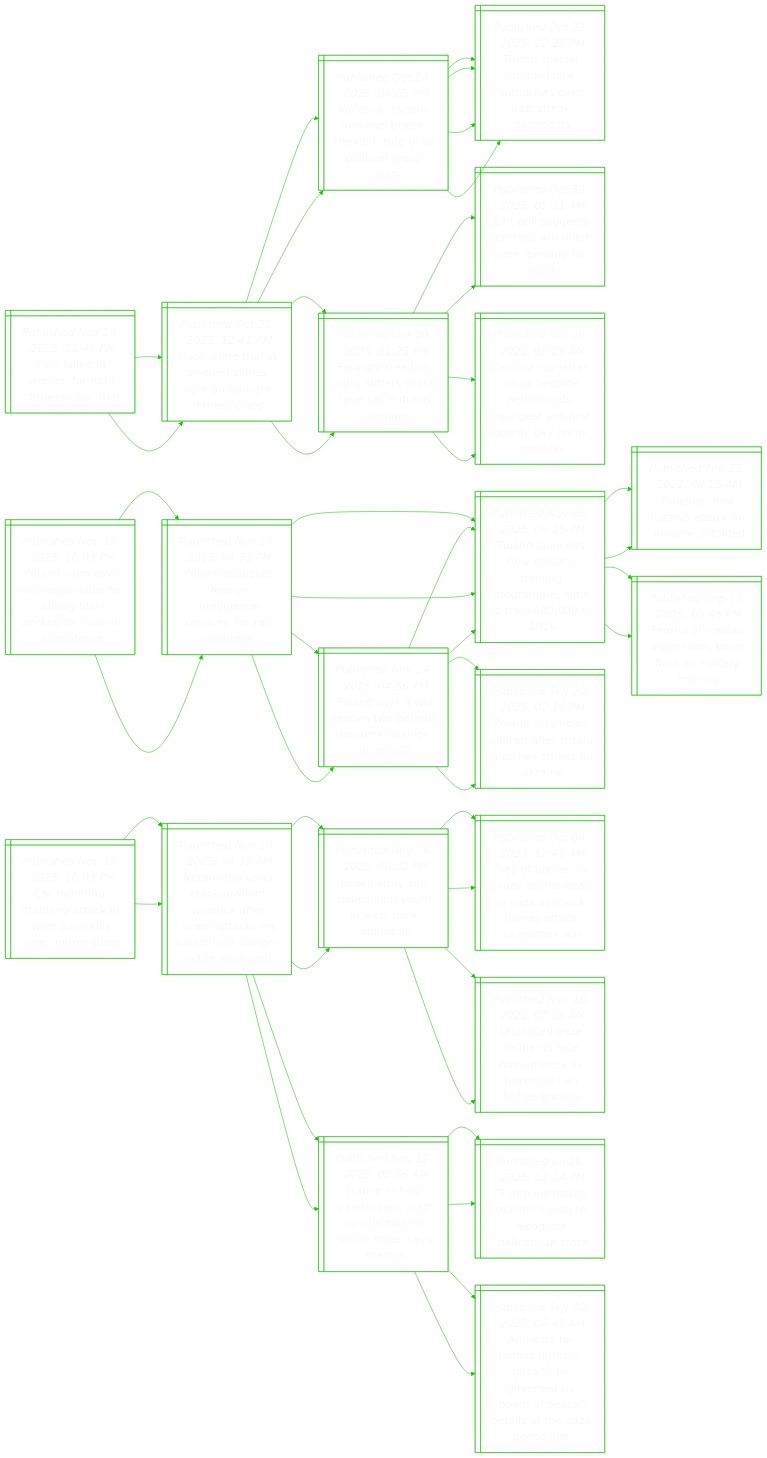
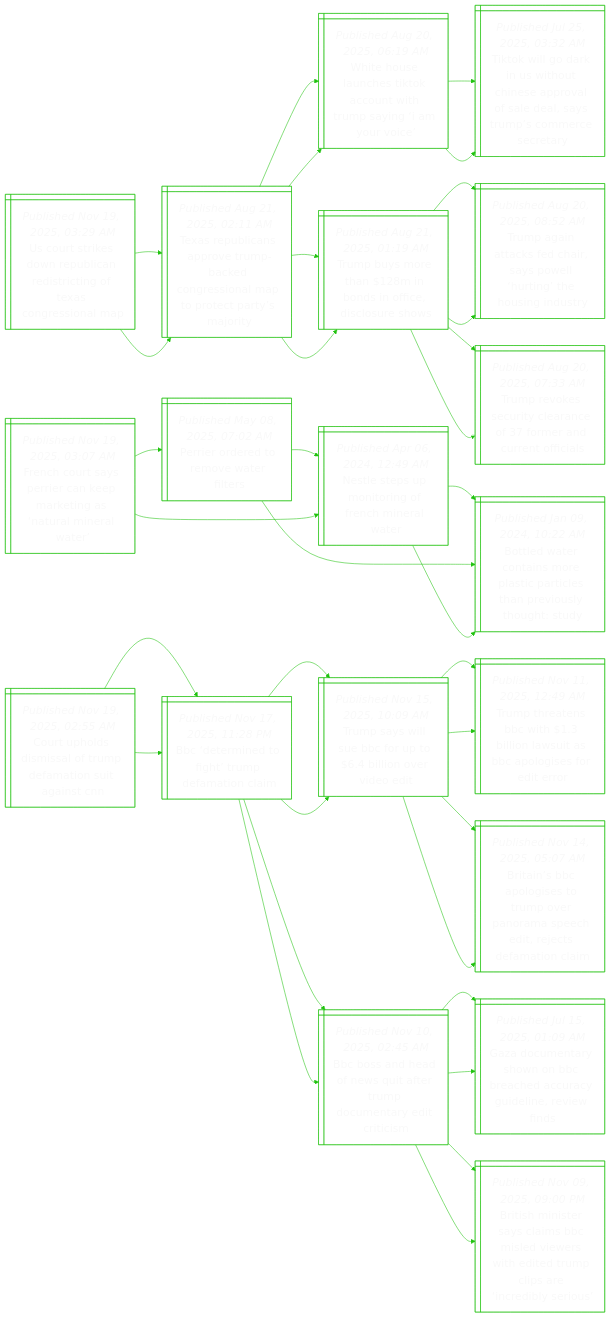
Before and after one commit to notJmes/notJmes: the diagram in README.md, drawn with Mermaid. The commit also changed other lines of this file, not shown here.

````diff
--- a/README.md
+++ b/README.md
@@ -16,142 +16,112 @@
 flowchart LR
 classDef txtsize font-size:20px;
 
-Faidrteua@{ shape: win-pane, label: "_Published Nov 18, 2025, 11:45 PM_
-Four jailed in sweden far-right ‘fitness club’ trial" }
-Hrrnengfgtc@{ shape: win-pane, label: "_Published Oct 31, 2025, 12:42 AM_
-Hate-crime trial in sweden shines light on far-right ‘fitness clubs’" }
-VncnisdiUilps@{ shape: win-pane, label: "_Published Oct 24, 2025, 06:05 PM_
-Violence, racism, and nazi praise: the dark side of us political group chats" }
-Tsanitwrske@{ shape: win-pane, label: "_Published Oct 22, 2025, 12:25 PM_
-Trump special counsel pick withdraws over ‘nazi streak’ comments" }
-Tsanitwrske@{ shape: win-pane, label: "_Published Oct 22, 2025, 12:25 PM_
-Trump special counsel pick withdraws over ‘nazi streak’ comments" }
-FgePsrceiccs@{ shape: win-pane, label: "_Published Oct 30, 2025, 11:25 PM_
-Far-right freedom party suffers shock reversal in dutch elections" }
-Eogsrwtttah@{ shape: win-pane, label: "_Published Oct 30, 2025, 05:31 AM_
-Exit poll suggests centrists win dutch vote, beating far right" }
-Cibelotaosfoyrie@{ shape: win-pane, label: "_Published Oct 30, 2025, 05:25 AM_
-Centrist rob jetten could become netherlands’ youngest and first openly gay prime minister" }
-Hrrnengfgtc@{ shape: win-pane, label: "_Published Oct 31, 2025, 12:42 AM_
-Hate-crime trial in sweden shines light on far-right ‘fitness clubs’" }
-VncnisdiUilps@{ shape: win-pane, label: "_Published Oct 24, 2025, 06:05 PM_
-Violence, racism, and nazi praise: the dark side of us political group chats" }
-Tsanitwrske@{ shape: win-pane, label: "_Published Oct 22, 2025, 12:25 PM_
-Trump special counsel pick withdraws over ‘nazi streak’ comments" }
-Tsanitwrske@{ shape: win-pane, label: "_Published Oct 22, 2025, 12:25 PM_
-Trump special counsel pick withdraws over ‘nazi streak’ comments" }
-FgePsrceiccs@{ shape: win-pane, label: "_Published Oct 30, 2025, 11:25 PM_
-Far-right freedom party suffers shock reversal in dutch elections" }
-Eogsrwtttah@{ shape: win-pane, label: "_Published Oct 30, 2025, 05:31 AM_
-Exit poll suggests centrists win dutch vote, beating far right" }
-Cibelotaosfoyrie@{ shape: win-pane, label: "_Published Oct 30, 2025, 05:25 AM_
-Centrist rob jetten could become netherlands’ youngest and first openly gay prime minister" }
+Uriopcdigxnsl@{ shape: win-pane, label: "_Published Nov 19, 2025, 03:29 AM_
+Us court strikes down republican redistricting of texas congressional map" }
+TRlsoucosattami@{ shape: win-pane, label: "_Published Aug 21, 2025, 02:11 AM_
+Texas republicans approve trump-backed congressional map to protect party’s majority" }
+WHlhkctTsgoi@{ shape: win-pane, label: "_Published Aug 20, 2025, 06:19 AM_
+White house launches tiktok account with trump saying ‘i am your voice’" }
+Tkgkwunpaaaspmst@{ shape: win-pane, label: "_Published Jul 25, 2025, 03:32 AM_
+Tiktok will go dark in us without chinese approval of sale deal, says trump’s commerce secretary" }
+Tboabiisuo@{ shape: win-pane, label: "_Published Aug 21, 2025, 01:19 AM_
+Trump buys more than $128m in bonds in office, disclosure shows" }
+Taakcsohnhnu@{ shape: win-pane, label: "_Published Aug 20, 2025, 08:52 AM_
+Trump again attacks fed chair, says powell ‘hurting’ the housing industry" }
+Treucafecnis@{ shape: win-pane, label: "_Published Aug 20, 2025, 07:33 AM_
+Trump revokes security clearance of 37 former and current officials" }
+TRlsoucosattami@{ shape: win-pane, label: "_Published Aug 21, 2025, 02:11 AM_
+Texas republicans approve trump-backed congressional map to protect party’s majority" }
+WHlhkctTsgoi@{ shape: win-pane, label: "_Published Aug 20, 2025, 06:19 AM_
+White house launches tiktok account with trump saying ‘i am your voice’" }
+Tkgkwunpaaaspmst@{ shape: win-pane, label: "_Published Jul 25, 2025, 03:32 AM_
+Tiktok will go dark in us without chinese approval of sale deal, says trump’s commerce secretary" }
+Tboabiisuo@{ shape: win-pane, label: "_Published Aug 21, 2025, 01:19 AM_
+Trump buys more than $128m in bonds in office, disclosure shows" }
+Taakcsohnhnu@{ shape: win-pane, label: "_Published Aug 20, 2025, 08:52 AM_
+Trump again attacks fed chair, says powell ‘hurting’ the housing industry" }
+Treucafecnis@{ shape: win-pane, label: "_Published Aug 20, 2025, 07:33 AM_
+Trump revokes security clearance of 37 former and current officials" }
 
-Faidrteua:::txtsize --> Hrrnengfgtc:::txtsize
-Hrrnengfgtc:::txtsize --> VncnisdiUilps:::txtsize
-VncnisdiUilps:::txtsize --> Tsanitwrske:::txtsize
-VncnisdiUilps:::txtsize --> Tsanitwrske:::txtsize
-Hrrnengfgtc:::txtsize --> FgePsrceiccs:::txtsize
-FgePsrceiccs:::txtsize --> Eogsrwtttah:::txtsize
-FgePsrceiccs:::txtsize --> Cibelotaosfoyrie:::txtsize
-Faidrteua:::txtsize --> Hrrnengfgtc:::txtsize
-Hrrnengfgtc:::txtsize --> VncnisdiUilps:::txtsize
-VncnisdiUilps:::txtsize --> Tsanitwrske:::txtsize
-VncnisdiUilps:::txtsize --> Tsanitwrske:::txtsize
-Hrrnengfgtc:::txtsize --> FgePsrceiccs:::txtsize
-FgePsrceiccs:::txtsize --> Eogsrwtttah:::txtsize
-FgePsrceiccs:::txtsize --> Cibelotaosfoyrie:::txtsize
+Uriopcdigxnsl:::txtsize --> TRlsoucosattami:::txtsize
+TRlsoucosattami:::txtsize --> WHlhkctTsgoi:::txtsize
+WHlhkctTsgoi:::txtsize --> Tkgkwunpaaaspmst:::txtsize
+TRlsoucosattami:::txtsize --> Tboabiisuo:::txtsize
+Tboabiisuo:::txtsize --> Taakcsohnhnu:::txtsize
+Tboabiisuo:::txtsize --> Treucafecnis:::txtsize
+Uriopcdigxnsl:::txtsize --> TRlsoucosattami:::txtsize
+TRlsoucosattami:::txtsize --> WHlhkctTsgoi:::txtsize
+WHlhkctTsgoi:::txtsize --> Tkgkwunpaaaspmst:::txtsize
+TRlsoucosattami:::txtsize --> Tboabiisuo:::txtsize
+Tboabiisuo:::txtsize --> Taakcsohnhnu:::txtsize
+Tboabiisuo:::txtsize --> Treucafecnis:::txtsize
 
-Pdaoolraskritg@{ shape: win-pane, label: "_Published Nov 18, 2025, 10:03 PM_
-Poland’s pm says two responsible for railway blast worked for russian intelligence" }
-Pdeonlnrsabe@{ shape: win-pane, label: "_Published Nov 17, 2025, 04:32 PM_
-Poland suspects ‘foreign intelligence services’ for rail sabotage" }
-Pdceitiomsa@{ shape: win-pane, label: "_Published Nov 06, 2025, 06:25 PM_
-Poland launches new military training programme, aims to train 400,000 in 2026" }
-Tiwitnifd@{ shape: win-pane, label: "_Published Feb 25, 2022, 08:15 AM_
-Timeline: how russia's attack on ukraine unfolded" }
-Fuunensklyn@{ shape: win-pane, label: "_Published Sep 13, 2025, 05:45 PM_
-Fearful of russian aggression, poles flock to military training" }
-PdileBudogo@{ shape: win-pane, label: "_Published Nov 14, 2025, 04:56 PM_
-Poland says it will reopen two belarus border crossings on nov 17" }
-Pdceitiomsa@{ shape: win-pane, label: "_Published Nov 06, 2025, 06:25 PM_
-Poland launches new military training programme, aims to train 400,000 in 2026" }
-Pdmaatsaeini@{ shape: win-pane, label: "_Published Sep 20, 2025, 02:16 PM_
-Poland scrambles aircraft after russia launches strikes on ukraine" }
-Pdeonlnrsabe@{ shape: win-pane, label: "_Published Nov 17, 2025, 04:32 PM_
-Poland suspects ‘foreign intelligence services’ for rail sabotage" }
-Pdceitiomsa@{ shape: win-pane, label: "_Published Nov 06, 2025, 06:25 PM_
-Poland launches new military training programme, aims to train 400,000 in 2026" }
-Tiwitnifd@{ shape: win-pane, label: "_Published Feb 25, 2022, 08:15 AM_
-Timeline: how russia's attack on ukraine unfolded" }
-Fuunensklyn@{ shape: win-pane, label: "_Published Sep 13, 2025, 05:45 PM_
-Fearful of russian aggression, poles flock to military training" }
-PdileBudogo@{ shape: win-pane, label: "_Published Nov 14, 2025, 04:56 PM_
-Poland says it will reopen two belarus border crossings on nov 17" }
-Pdceitiomsa@{ shape: win-pane, label: "_Published Nov 06, 2025, 06:25 PM_
-Poland launches new military training programme, aims to train 400,000 in 2026" }
-Pdmaatsaeini@{ shape: win-pane, label: "_Published Sep 20, 2025, 02:16 PM_
-Poland scrambles aircraft after russia launches strikes on ukraine" }
+FhtPekainaea@{ shape: win-pane, label: "_Published Nov 19, 2025, 03:07 AM_
+French court says perrier can keep marketing as ‘natural mineral water’" }
+Peeovet@{ shape: win-pane, label: "_Published May 08, 2025, 07:02 AM_
+Perrier ordered to remove water filters" }
+NesniFhrt@{ shape: win-pane, label: "_Published Apr 06, 2024, 12:49 AM_
+Nestle steps up monitoring of french mineral water" }
+Beetmlcitruhty@{ shape: win-pane, label: "_Published Jan 09, 2024, 10:22 AM_
+Bottled water contains more plastic particles than previously thought: study" }
+Beetmlcitruhty@{ shape: win-pane, label: "_Published Jan 09, 2024, 10:22 AM_
+Bottled water contains more plastic particles than previously thought: study" }
+NesniFhrt@{ shape: win-pane, label: "_Published Apr 06, 2024, 12:49 AM_
+Nestle steps up monitoring of french mineral water" }
+Beetmlcitruhty@{ shape: win-pane, label: "_Published Jan 09, 2024, 10:22 AM_
+Bottled water contains more plastic particles than previously thought: study" }
 
-Pdaoolraskritg:::txtsize --> Pdeonlnrsabe:::txtsize
-Pdeonlnrsabe:::txtsize --> Pdceitiomsa:::txtsize
-Pdceitiomsa:::txtsize --> Tiwitnifd:::txtsize
-Pdceitiomsa:::txtsize --> Fuunensklyn:::txtsize
-Pdeonlnrsabe:::txtsize --> PdileBudogo:::txtsize
-PdileBudogo:::txtsize --> Pdceitiomsa:::txtsize
-PdileBudogo:::txtsize --> Pdmaatsaeini:::txtsize
-Pdaoolraskritg:::txtsize --> Pdeonlnrsabe:::txtsize
-Pdeonlnrsabe:::txtsize --> Pdceitiomsa:::txtsize
-Pdceitiomsa:::txtsize --> Tiwitnifd:::txtsize
-Pdceitiomsa:::txtsize --> Fuunensklyn:::txtsize
-Pdeonlnrsabe:::txtsize --> PdileBudogo:::txtsize
-PdileBudogo:::txtsize --> Pdceitiomsa:::txtsize
-PdileBudogo:::txtsize --> Pdmaatsaeini:::txtsize
+FhtPekainaea:::txtsize --> Peeovet:::txtsize
+Peeovet:::txtsize --> NesniFhrt:::txtsize
+NesniFhrt:::txtsize --> Beetmlcitruhty:::txtsize
+Peeovet:::txtsize --> Beetmlcitruhty:::txtsize
+FhtPekainaea:::txtsize --> NesniFhrt:::txtsize
+NesniFhrt:::txtsize --> Beetmlcitruhty:::txtsize
 
-CmsitnBinuh@{ shape: win-pane, label: "_Published Nov 18, 2025, 10:03 PM_
-Car ramming, stabbing attack in west bank kills one, injures three" }
-Nyoawiceatslnieht@{ shape: win-pane, label: "_Published Nov 18, 2025, 04:38 AM_
-Netanyahu vows crackdown on violence after israeli attacks on palestinian villages in the west bank" }
-Ilyssatenrn@{ shape: win-pane, label: "_Published Nov 16, 2025, 06:31 PM_
-Israeli army kills palestinian youth in west bank operation" }
-Sbsrcdnacaale@{ shape: win-pane, label: "_Published Oct 08, 2023, 12:45 AM_
-‘sea of bodies’ in israel, scores dead in gaza as shock hamas attack unleashes war" }
-Daastemyriihc@{ shape: win-pane, label: "_Published Nov 16, 2025, 07:59 AM_
-Displaced gaza residents face more misery as torrential rain lashes enclave" }
-Feleirotnussa@{ shape: win-pane, label: "_Published Nov 12, 2025, 02:56 AM_
-France to help palestinians draft constitution for future state, says macron" }
-Tdsastoesat@{ shape: win-pane, label: "_Published Jul 25, 2025, 11:14 PM_
-Trump dismisses macron’s plan to recognise palestinian state" }
-AtHfezerydatoGel@{ shape: win-pane, label: "_Published Sep 30, 2025, 06:45 AM_
-Amnesty for hamas fighters, gaza to be governed by ‘board of peace’: details of the gaza peace plan" }
-Nyoawiceatslnieht@{ shape: win-pane, label: "_Published Nov 18, 2025, 04:38 AM_
-Netanyahu vows crackdown on violence after israeli attacks on palestinian villages in the west bank" }
-Ilyssatenrn@{ shape: win-pane, label: "_Published Nov 16, 2025, 06:31 PM_
-Israeli army kills palestinian youth in west bank operation" }
-Sbsrcdnacaale@{ shape: win-pane, label: "_Published Oct 08, 2023, 12:45 AM_
-‘sea of bodies’ in israel, scores dead in gaza as shock hamas attack unleashes war" }
-Daastemyriihc@{ shape: win-pane, label: "_Published Nov 16, 2025, 07:59 AM_
-Displaced gaza residents face more misery as torrential rain lashes enclave" }
-Feleirotnussa@{ shape: win-pane, label: "_Published Nov 12, 2025, 02:56 AM_
-France to help palestinians draft constitution for future state, says macron" }
-Tdsastoesat@{ shape: win-pane, label: "_Published Jul 25, 2025, 11:14 PM_
-Trump dismisses macron’s plan to recognise palestinian state" }
-AtHfezerydatoGel@{ shape: win-pane, label: "_Published Sep 30, 2025, 06:45 AM_
-Amnesty for hamas fighters, gaza to be governed by ‘board of peace’: details of the gaza peace plan" }
+CudmlufiiiN@{ shape: win-pane, label: "_Published Nov 19, 2025, 02:55 AM_
+Court upholds dismissal of trump defamation suit against cnn" }
+BtnfTdac@{ shape: win-pane, label: "_Published Nov 17, 2025, 11:28 PM_
+Bbc ‘determined to fight’ trump defamation claim" }
+Tsieooieet@{ shape: win-pane, label: "_Published Nov 15, 2025, 10:09 AM_
+Trump says will sue bbc for up to $6.4 billion over video edit" }
+TttBhiwaagfio@{ shape: win-pane, label: "_Published Nov 11, 2025, 12:49 AM_
+Trump threatens bbc with $1.3 billion lawsuit as bbc apologises for edit error" }
+BiCosueoshrtaoi@{ shape: win-pane, label: "_Published Nov 14, 2025, 05:07 AM_
+Britain’s bbc apologises to trump over panorama speech edit, rejects defamation claim" }
+Bshfqfroneri@{ shape: win-pane, label: "_Published Nov 10, 2025, 02:45 AM_
+Bbc boss and head of news quit after trump documentary edit criticism" }
+Gonsobhcyerws@{ shape: win-pane, label: "_Published Jul 15, 2025, 01:09 AM_
+Gaza documentary shown on bbc breached accuracy guideline, review finds" }
+BsislBsisedpsnies@{ shape: win-pane, label: "_Published Nov 09, 2025, 09:00 PM_
+British minister says claims bbc misled viewers with edited trump clips are ‘incredibly serious’" }
+BtnfTdac@{ shape: win-pane, label: "_Published Nov 17, 2025, 11:28 PM_
+Bbc ‘determined to fight’ trump defamation claim" }
+Tsieooieet@{ shape: win-pane, label: "_Published Nov 15, 2025, 10:09 AM_
+Trump says will sue bbc for up to $6.4 billion over video edit" }
+TttBhiwaagfio@{ shape: win-pane, label: "_Published Nov 11, 2025, 12:49 AM_
+Trump threatens bbc with $1.3 billion lawsuit as bbc apologises for edit error" }
+BiCosueoshrtaoi@{ shape: win-pane, label: "_Published Nov 14, 2025, 05:07 AM_
+Britain’s bbc apologises to trump over panorama speech edit, rejects defamation claim" }
+Bshfqfroneri@{ shape: win-pane, label: "_Published Nov 10, 2025, 02:45 AM_
+Bbc boss and head of news quit after trump documentary edit criticism" }
+Gonsobhcyerws@{ shape: win-pane, label: "_Published Jul 15, 2025, 01:09 AM_
+Gaza documentary shown on bbc breached accuracy guideline, review finds" }
+BsislBsisedpsnies@{ shape: win-pane, label: "_Published Nov 09, 2025, 09:00 PM_
+British minister says claims bbc misled viewers with edited trump clips are ‘incredibly serious’" }
 
-CmsitnBinuh:::txtsize --> Nyoawiceatslnieht:::txtsize
-Nyoawiceatslnieht:::txtsize --> Ilyssatenrn:::txtsize
-Ilyssatenrn:::txtsize --> Sbsrcdnacaale:::txtsize
-Ilyssatenrn:::txtsize --> Daastemyriihc:::txtsize
-Nyoawiceatslnieht:::txtsize --> Feleirotnussa:::txtsize
-Feleirotnussa:::txtsize --> Tdsastoesat:::txtsize
-Feleirotnussa:::txtsize --> AtHfezerydatoGel:::txtsize
-CmsitnBinuh:::txtsize --> Nyoawiceatslnieht:::txtsize
-Nyoawiceatslnieht:::txtsize --> Ilyssatenrn:::txtsize
-Ilyssatenrn:::txtsize --> Sbsrcdnacaale:::txtsize
-Ilyssatenrn:::txtsize --> Daastemyriihc:::txtsize
-Nyoawiceatslnieht:::txtsize --> Feleirotnussa:::txtsize
-Feleirotnussa:::txtsize --> Tdsastoesat:::txtsize
-Feleirotnussa:::txtsize --> AtHfezerydatoGel:::txtsize
+CudmlufiiiN:::txtsize --> BtnfTdac:::txtsize
+BtnfTdac:::txtsize --> Tsieooieet:::txtsize
+Tsieooieet:::txtsize --> TttBhiwaagfio:::txtsize
+Tsieooieet:::txtsize --> BiCosueoshrtaoi:::txtsize
+BtnfTdac:::txtsize --> Bshfqfroneri:::txtsize
+Bshfqfroneri:::txtsize --> Gonsobhcyerws:::txtsize
+Bshfqfroneri:::txtsize --> BsislBsisedpsnies:::txtsize
+CudmlufiiiN:::txtsize --> BtnfTdac:::txtsize
+BtnfTdac:::txtsize --> Tsieooieet:::txtsize
+Tsieooieet:::txtsize --> TttBhiwaagfio:::txtsize
+Tsieooieet:::txtsize --> BiCosueoshrtaoi:::txtsize
+BtnfTdac:::txtsize --> Bshfqfroneri:::txtsize
+Bshfqfroneri:::txtsize --> Gonsobhcyerws:::txtsize
+Bshfqfroneri:::txtsize --> BsislBsisedpsnies:::txtsize
 
 ```
````
